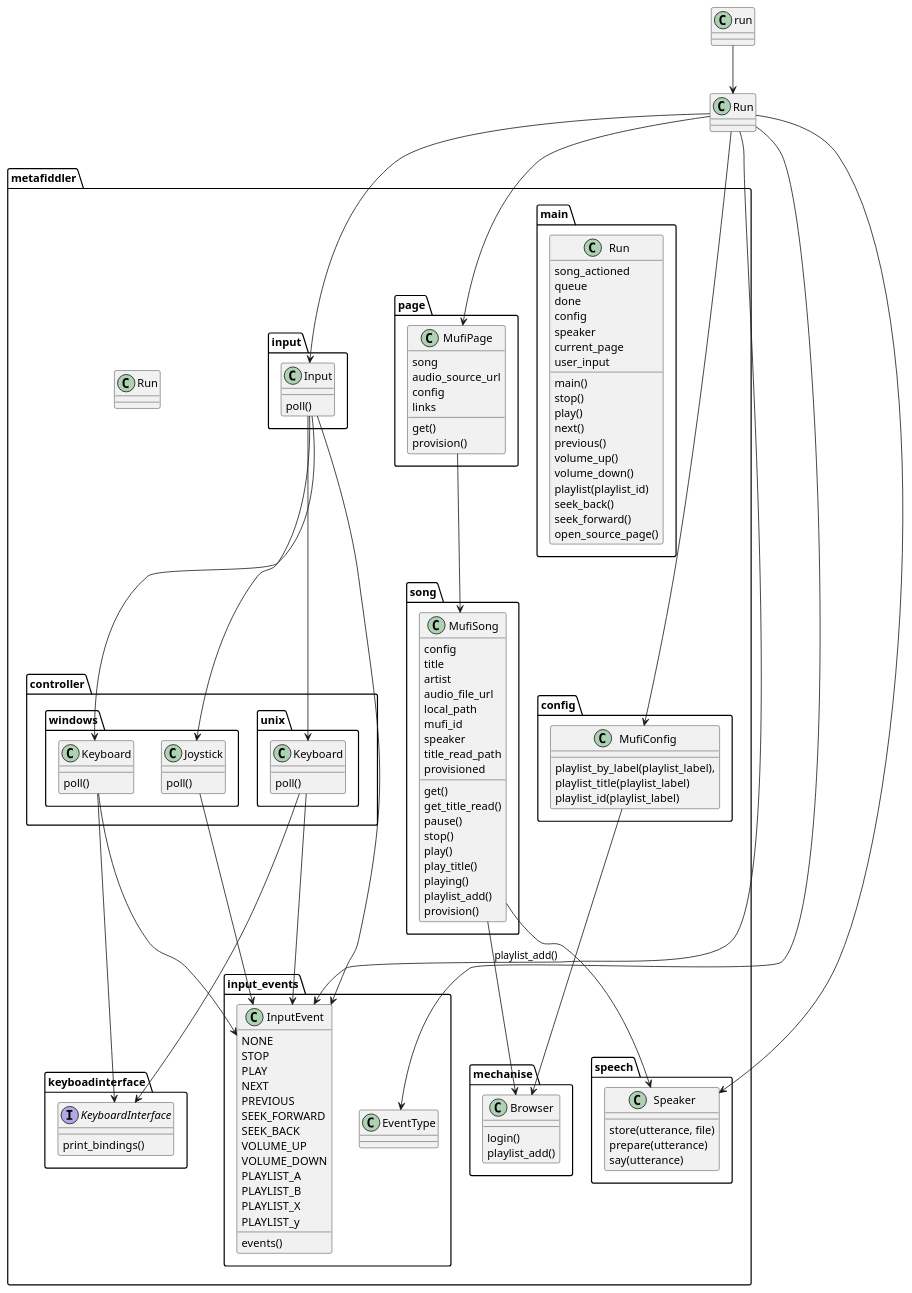
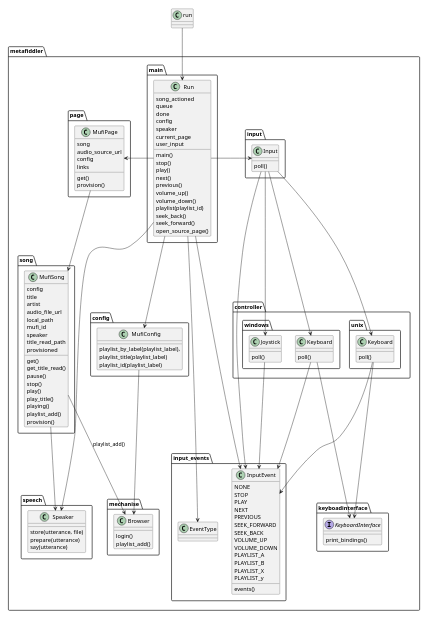
Before and after one commit to wmpollock/metafiddler: the diagram in docs/object-relation.puml, drawn with PlantUML.

Commit message:
fiddled arrangement

```diff
--- a/docs/object-relation.puml
+++ b/docs/object-relation.puml
@@ -1,157 +1,159 @@
 @startuml
+
+scale 1024 width 
+scale 768 height 
 
 package metafiddler {
 
   package main {
     class Run {
       song_actioned
       queue
       done
       config
       speaker
       current_page
       user_input
       main()
       stop()
       play()
       next()
       previous()
       volume_up()
       volume_down()
       playlist(playlist_id)
       seek_back()
       seek_forward()
       open_source_page()
   } 
 }
 
   package keyboadinterface {
     interface KeyboardInterface {
       print_bindings()
     }
   }
 
   package config {
     class MufiConfig {
       playlist_by_label(playlist_label),
       playlist_title(playlist_label)
       playlist_id(playlist_label)
     }
   }
   package input {
     Input : poll()  
   }
 
   package input_events {
     class EventType
     class InputEvent {
       NONE
       STOP
       PLAY
       NEXT
       PREVIOUS
       SEEK_FORWARD  
       SEEK_BACK
       VOLUME_UP
       VOLUME_DOWN
       PLAYLIST_A
       PLAYLIST_B
       PLAYLIST_X
       PLAYLIST_y
       events()
     }
   }
-  class Run
   package mechanise {
     class Browser {
       login()
       playlist_add()
     }
   }
   package page {
     class MufiPage {
         song
         audio_source_url
         config
         links
         get()
         provision()
     }
   }
  package song {
     class MufiSong {
       config
       title
       artist
       audio_file_url
       local_path
       mufi_id
       speaker
       title_read_path
       provisioned
       get()
       get_title_read()
       pause()
       stop()
       play()
       play_title()
       playing()
       playlist_add()
       provision()
     }
     MufiSong --> Browser : playlist_add()
    }
   
   package speech {
     class Speaker {
       store(utterance, file)
       prepare(utterance)
       say(utterance)
     }
   }
 
   package controller {
     package windows {
       class Keyboard {
         poll()
       }
       
       Keyboard --> KeyboardInterface
       class Joystick {
         poll()
       }
     }   
     package unix {
       class "Keyboard" as kbdunix {
         poll()
       }
       kbdunix -> KeyboardInterface 
       
     }   
 
   }
 }
 
 run --> Run 
-  MufiConfig --> Browser
+MufiConfig --> Browser
 
-Run --> MufiPage
+Run -> MufiPage
 Run --> Speaker
 Run --> InputEvent
 Run --> EventType
-Run --> MufiConfig 
-Run --> Input
+Run -> MufiConfig 
+Run -> Input
 
 Input --> InputEvent
 Input --> Keyboard
 Input --> Joystick
 Input --> kbdunix
 
 Keyboard-->InputEvent
 Joystick-->InputEvent
 kbdunix-->InputEvent
 
 MufiPage --> MufiSong
 MufiSong --> Speaker
 
 @enduml
```
